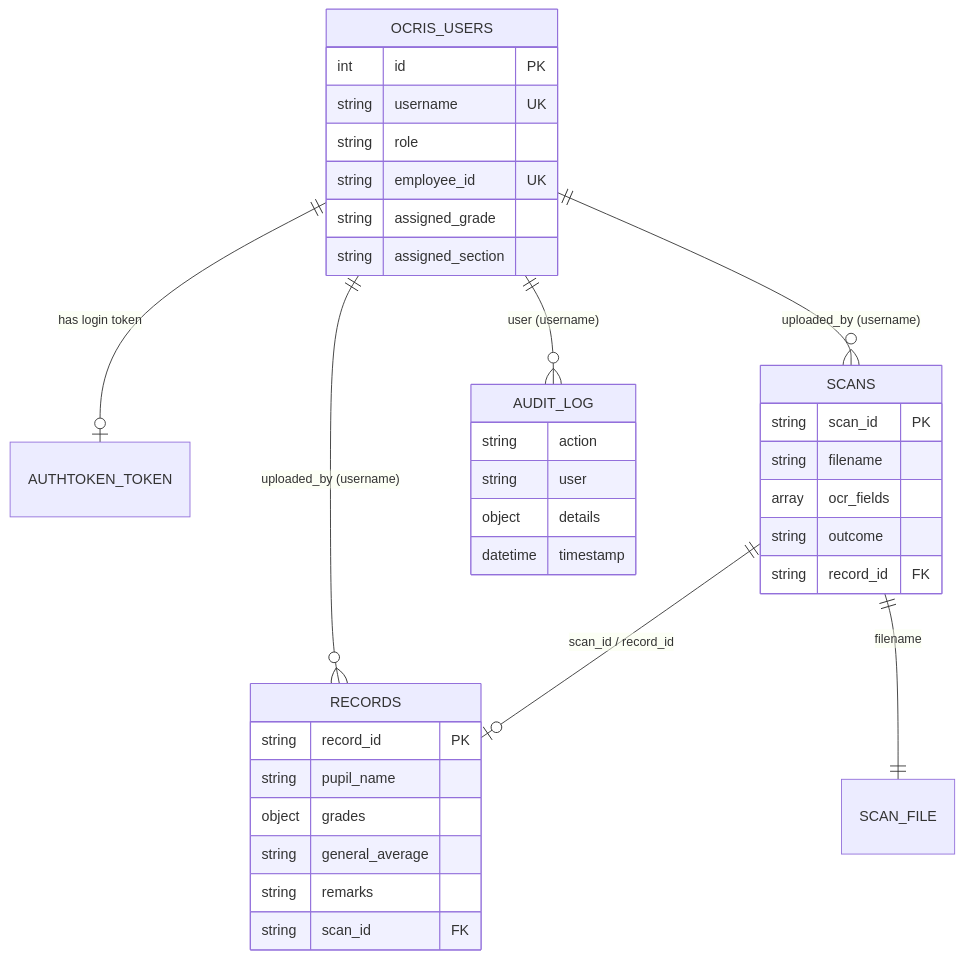
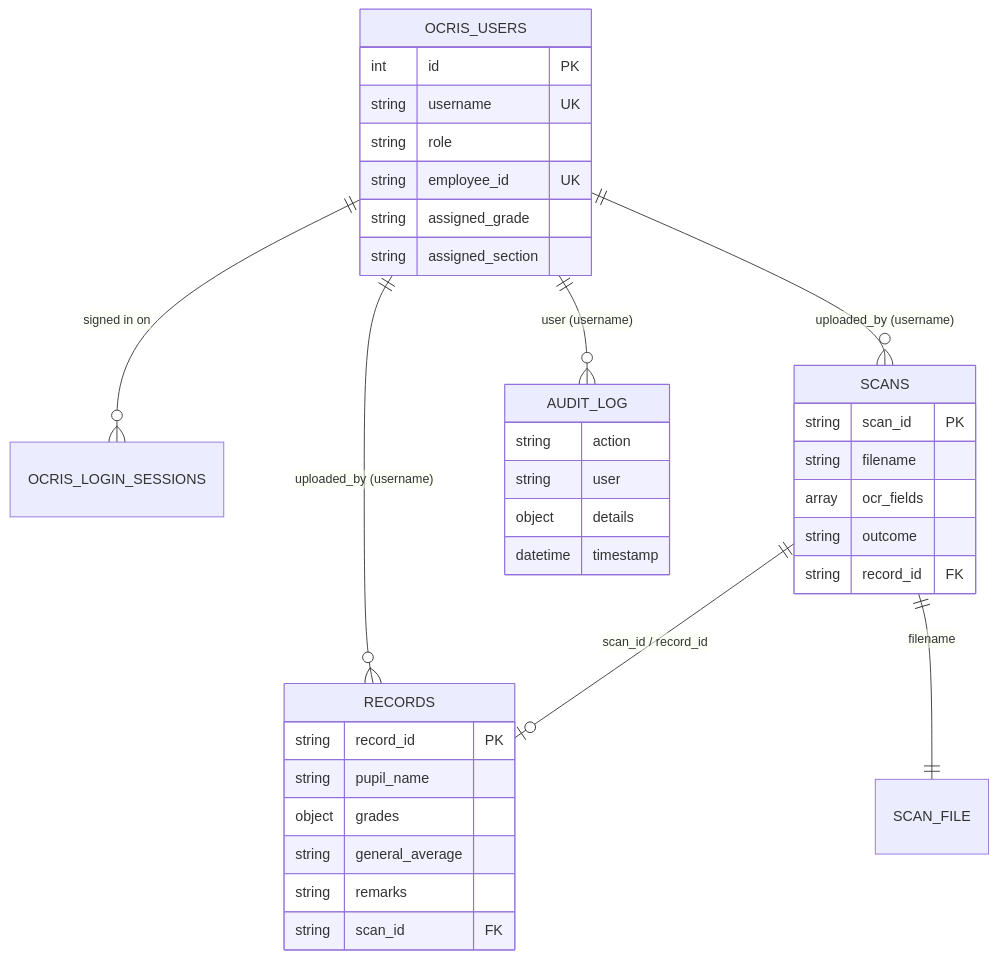
Before and after one commit to chunggles/OCRIS: the diagram in docs/DATABASE.md, drawn with Mermaid. The commit also changed other lines of this file and 51 other files, not shown here.

````diff
--- a/docs/DATABASE.md
+++ b/docs/DATABASE.md
@@ -15,39 +15,39 @@
 ```mermaid
 erDiagram
-    OCRIS_USERS ||--o| AUTHTOKEN_TOKEN : "has login token"
+    OCRIS_USERS ||--o{ OCRIS_LOGIN_SESSIONS : "signed in on"
     OCRIS_USERS ||--o{ SCANS : "uploaded_by (username)"
     OCRIS_USERS ||--o{ RECORDS : "uploaded_by (username)"
     OCRIS_USERS ||--o{ AUDIT_LOG : "user (username)"
     SCANS ||--o| RECORDS : "scan_id / record_id"
     SCANS ||--|| SCAN_FILE : "filename"
 
     OCRIS_USERS {
         int id PK
         string username UK
         string role
         string employee_id UK
         string assigned_grade
         string assigned_section
     }
     SCANS {
         string scan_id PK
         string filename
         array ocr_fields
         string outcome
         string record_id FK
     }
     RECORDS {
         string record_id PK
         string pupil_name
         object grades
         string general_average
         string remarks
         string scan_id FK
     }
     AUDIT_LOG {
         string action
         string user
         object details
         datetime timestamp
     }
 ```
````
